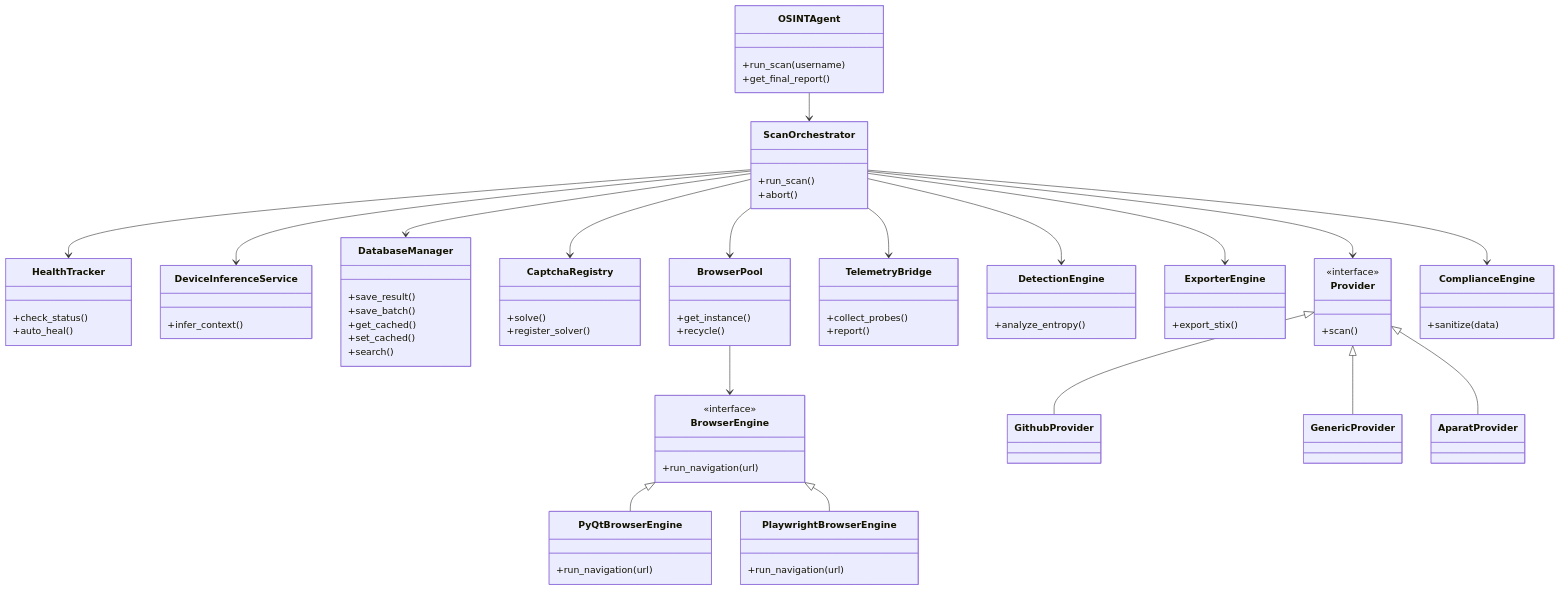
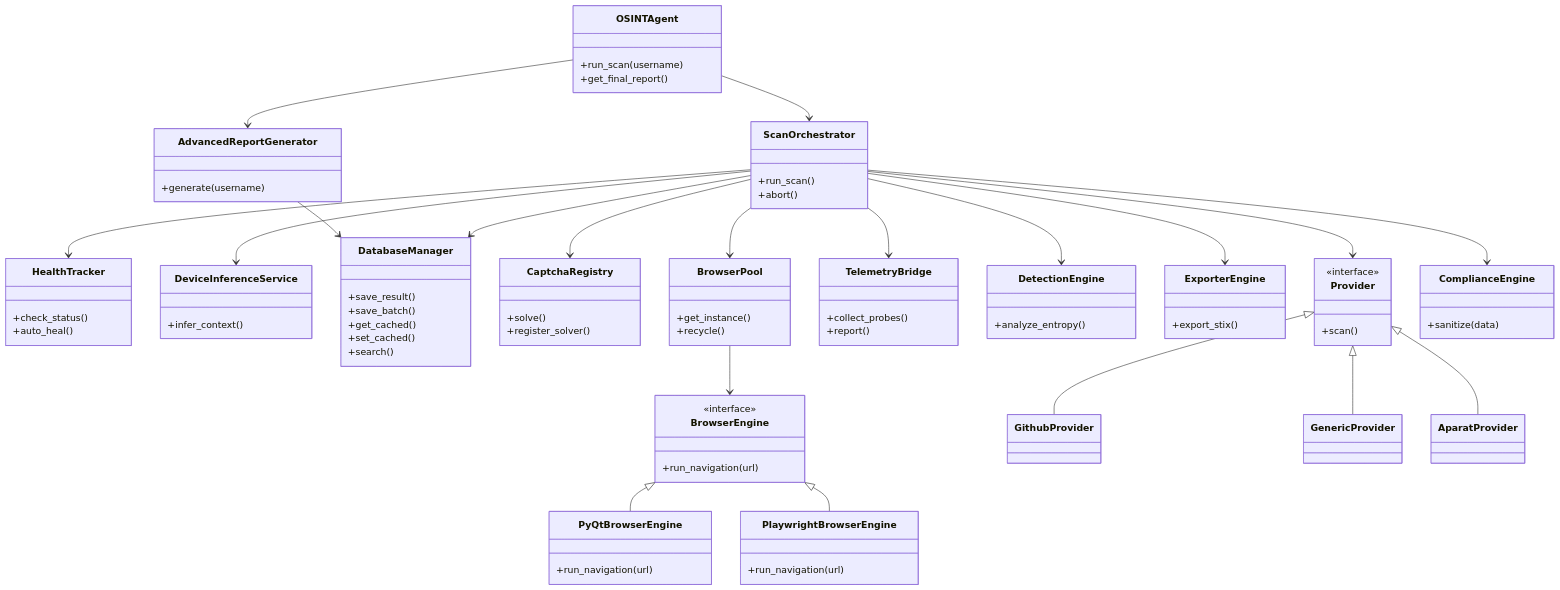
Before and after one commit to FJ-cyberzilla/osint-nexus: the diagram in docs/structure.mmd, drawn with Mermaid. The commit also changed 20 other files, not shown here.

```diff
--- a/docs/structure.mmd
+++ b/docs/structure.mmd
@@ -1,96 +1,102 @@
 classDiagram
     direction TB
     %% Branded Component Map
     %% Author: FJ-cyberzilla
     %% Org: FJ™ Cybertronic Systems
     
     class OSINTAgent {
         +run_scan(username)
         +get_final_report()
+    }
+    
+    class AdvancedReportGenerator {
+        +generate(username)
     }
     
     class ScanOrchestrator {
         +run_scan()
         +abort()
     }
     
     class HealthTracker {
         +check_status()
         +auto_heal()
     }
     
     class DeviceInferenceService {
         +infer_context()
     }
     
     class DatabaseManager {
         +save_result()
         +save_batch()
         +get_cached()
         +set_cached()
         +search()
     }
     
     class CaptchaRegistry {
         +solve()
         +register_solver()
     }
     
     class BrowserPool {
         +get_instance()
         +recycle()
     }
     
     class BrowserEngine {
         <<interface>>
         +run_navigation(url)
     }
     
     class PyQtBrowserEngine {
         +run_navigation(url)
     }
     
     class PlaywrightBrowserEngine {
         +run_navigation(url)
     }
     
     class TelemetryBridge {
         +collect_probes()
         +report()
     }
     
     class DetectionEngine {
         +analyze_entropy()
     }
     
     class ExporterEngine {
         +export_stix()
     }
     
     class Provider {
         <<interface>>
         +scan()
     }
 
     class ComplianceEngine {
         +sanitize(data)
     }
 
     OSINTAgent --> ScanOrchestrator
+    OSINTAgent --> AdvancedReportGenerator
+    AdvancedReportGenerator --> DatabaseManager
     ScanOrchestrator --> HealthTracker
     ScanOrchestrator --> DeviceInferenceService
     ScanOrchestrator --> DatabaseManager
     ScanOrchestrator --> CaptchaRegistry
     ScanOrchestrator --> BrowserPool
     BrowserPool --> BrowserEngine
     BrowserEngine <|-- PyQtBrowserEngine
     BrowserEngine <|-- PlaywrightBrowserEngine
     ScanOrchestrator --> TelemetryBridge
     ScanOrchestrator --> DetectionEngine
     ScanOrchestrator --> ExporterEngine
     ScanOrchestrator --> Provider
     ScanOrchestrator --> ComplianceEngine
     
     Provider <|-- GithubProvider
     Provider <|-- GenericProvider
     Provider <|-- AparatProvider
```
